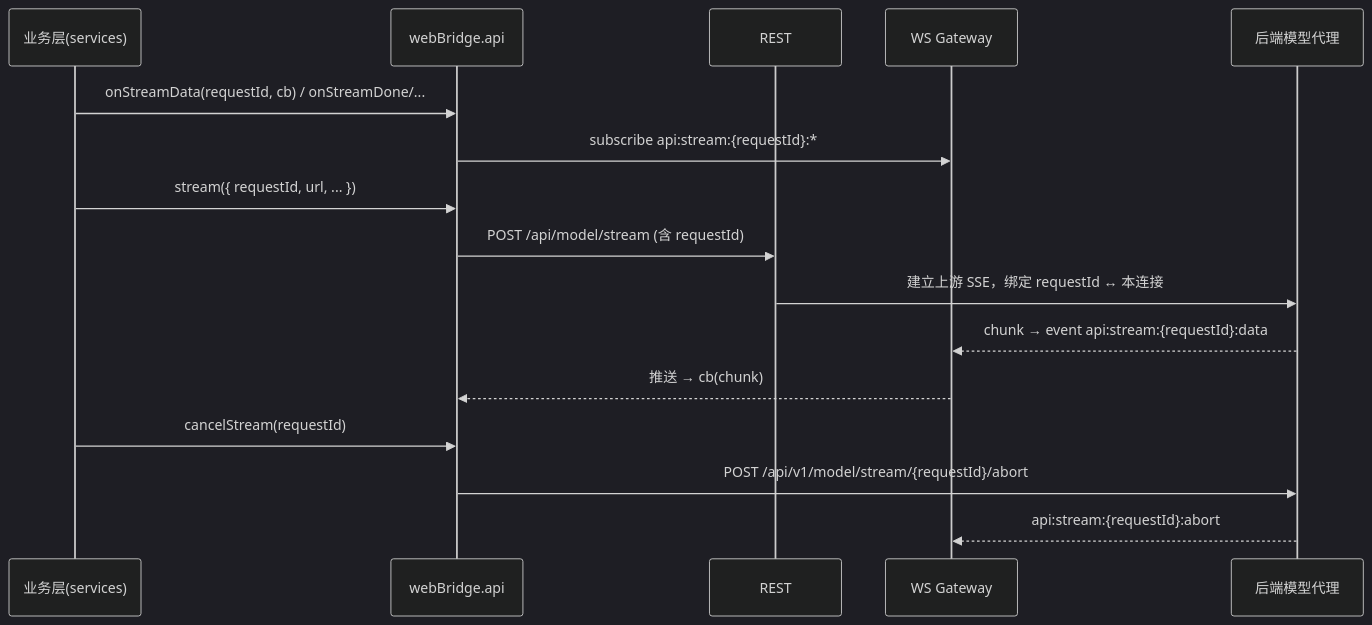
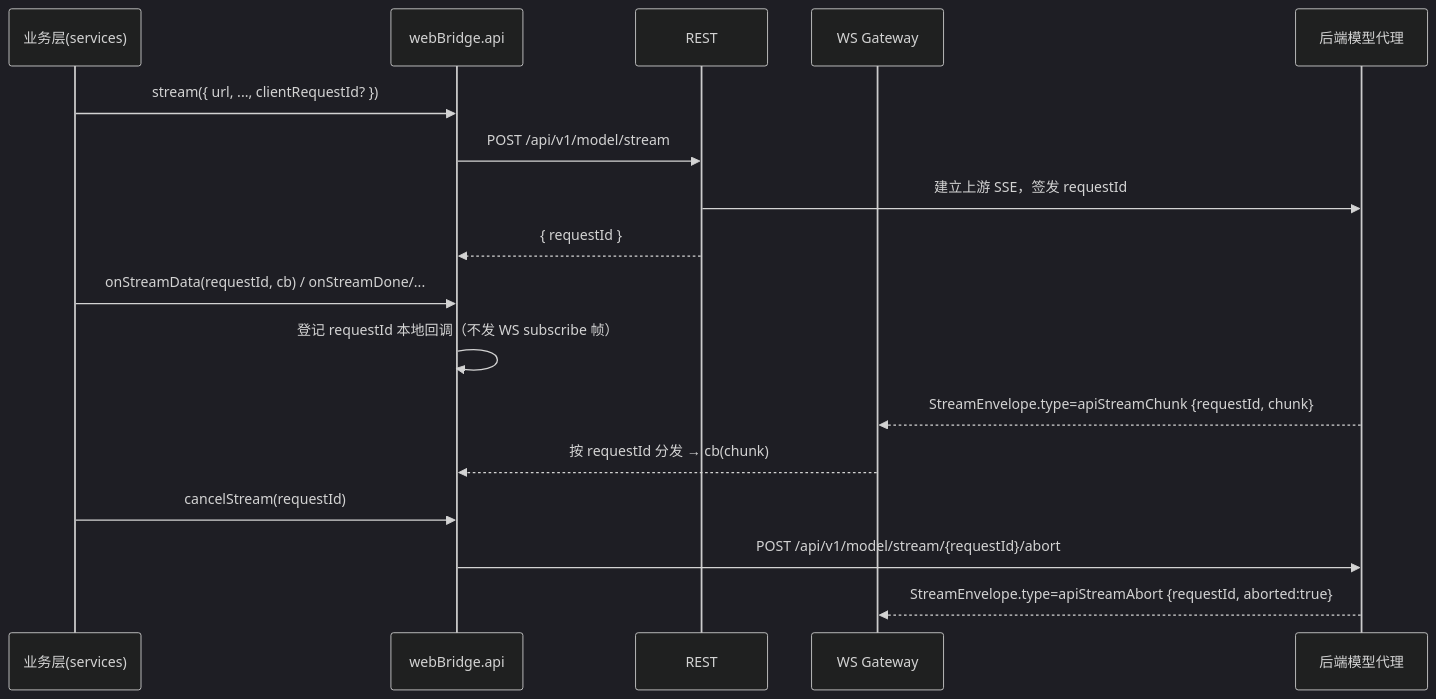
Before and after one commit to edward-ng-duke/LobsterAI: the third of 6 diagrams in 改造计划/03-前端与传输层改造.md, drawn with Mermaid (dark theme). The commit also changed other lines of this file and 27 other files, not shown here.

````diff
--- a/改造计划/03-前端与传输层改造.md
+++ b/改造计划/03-前端与传输层改造.md
@@ -429,19 +464,20 @@
 ```mermaid
 sequenceDiagram
   participant UI as 业务层(services)
   participant Bridge as webBridge.api
   participant HTTP as REST
   participant WS as WS Gateway
   participant BE as 后端模型代理
 
+  UI->>Bridge: stream({ url, ..., clientRequestId? })
+  Bridge->>HTTP: POST /api/v1/model/stream
+  HTTP->>BE: 建立上游 SSE，签发 requestId
+  HTTP-->>Bridge: { requestId }
   UI->>Bridge: onStreamData(requestId, cb) / onStreamDone/...
-  Bridge->>WS: subscribe api:stream:{requestId}:*
-  UI->>Bridge: stream({ requestId, url, ... })
-  Bridge->>HTTP: POST /api/model/stream  (含 requestId)
-  HTTP->>BE: 建立上游 SSE，绑定 requestId ↔ 本连接
-  BE-->>WS: chunk → event api:stream:{requestId}:data
-  WS-->>Bridge: 推送 → cb(chunk)
+  Bridge->>Bridge: 登记 requestId 本地回调（不发 WS subscribe 帧）
+  BE-->>WS: StreamEnvelope.type=apiStreamChunk {requestId, chunk}
+  WS-->>Bridge: 按 requestId 分发 → cb(chunk)
   UI->>Bridge: cancelStream(requestId)
   Bridge->>BE: POST /api/v1/model/stream/{requestId}/abort
-  BE-->>WS: api:stream:{requestId}:abort
+  BE-->>WS: StreamEnvelope.type=apiStreamAbort {requestId, aborted:true}
 ```
````
